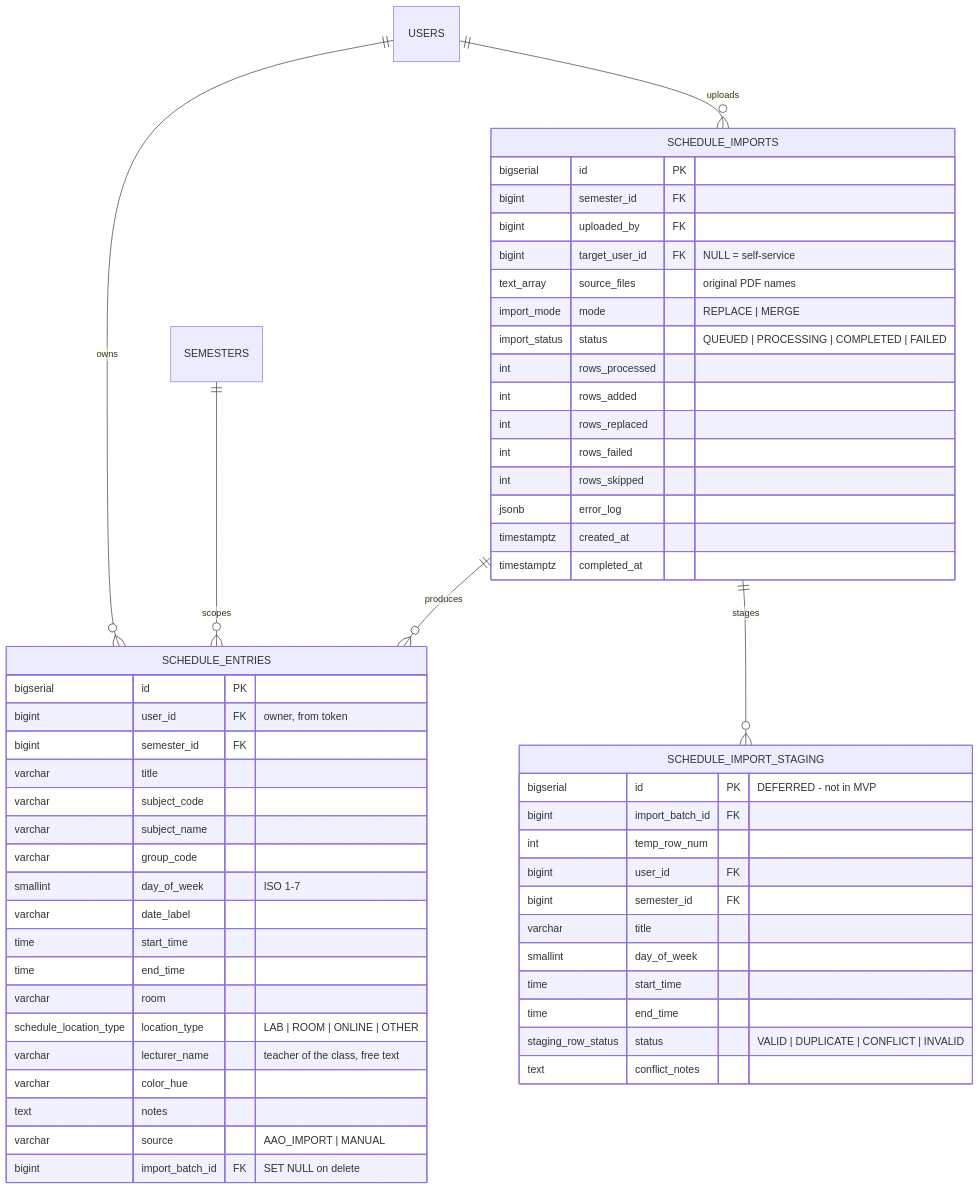
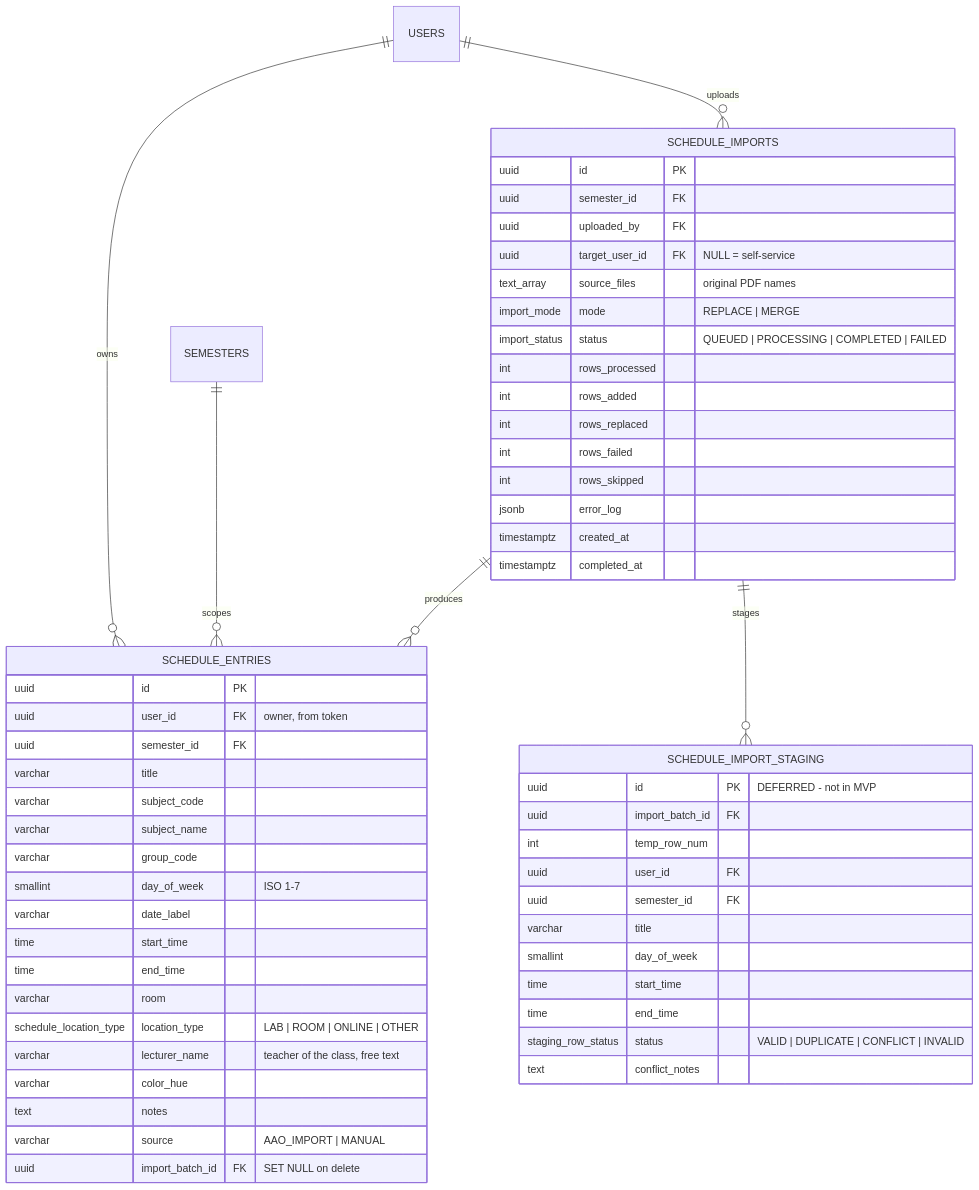
Before and after one commit to thien-0408/office-hours: the fourth of 6 diagrams in docs/DB-SCHEMA-PROTOTYPE.md, drawn with Mermaid. The commit also changed other lines of this file and 10 other files, not shown here.

````diff
--- a/docs/DB-SCHEMA-PROTOTYPE.md
+++ b/docs/DB-SCHEMA-PROTOTYPE.md
@@ -150,58 +163,58 @@
 ```mermaid
 erDiagram
     SCHEDULE_ENTRIES {
-        bigserial id PK
-        bigint user_id FK "owner, from token"
-        bigint semester_id FK
+        uuid id PK
+        uuid user_id FK "owner, from token"
+        uuid semester_id FK
         varchar title
         varchar subject_code
         varchar subject_name
         varchar group_code
         smallint day_of_week "ISO 1-7"
         varchar date_label
         time start_time
         time end_time
         varchar room
         schedule_location_type location_type "LAB | ROOM | ONLINE | OTHER"
         varchar lecturer_name "teacher of the class, free text"
         varchar color_hue
         text notes
         varchar source "AAO_IMPORT | MANUAL"
-        bigint import_batch_id FK "SET NULL on delete"
+        uuid import_batch_id FK "SET NULL on delete"
     }
     SCHEDULE_IMPORTS {
-        bigserial id PK
-        bigint semester_id FK
-        bigint uploaded_by FK
-        bigint target_user_id FK "NULL = self-service"
+        uuid id PK
+        uuid semester_id FK
+        uuid uploaded_by FK
+        uuid target_user_id FK "NULL = self-service"
         text_array source_files "original PDF names"
         import_mode mode "REPLACE | MERGE"
         import_status status "QUEUED | PROCESSING | COMPLETED | FAILED"
         int rows_processed
         int rows_added
         int rows_replaced
         int rows_failed
         int rows_skipped
         jsonb error_log
         timestamptz created_at
         timestamptz completed_at
     }
     SCHEDULE_IMPORT_STAGING {
-        bigserial id PK "DEFERRED - not in MVP"
-        bigint import_batch_id FK
+        uuid id PK "DEFERRED - not in MVP"
+        uuid import_batch_id FK
         int temp_row_num
-        bigint user_id FK
-        bigint semester_id FK
+        uuid user_id FK
+        uuid semester_id FK
         varchar title
         smallint day_of_week
         time start_time
         time end_time
         staging_row_status status "VALID | DUPLICATE | CONFLICT | INVALID"
         text conflict_notes
     }
     USERS ||--o{ SCHEDULE_ENTRIES : owns
     SEMESTERS ||--o{ SCHEDULE_ENTRIES : scopes
     SCHEDULE_IMPORTS ||--o{ SCHEDULE_ENTRIES : produces
     USERS ||--o{ SCHEDULE_IMPORTS : uploads
     SCHEDULE_IMPORTS ||--o{ SCHEDULE_IMPORT_STAGING : stages
 ```
````
